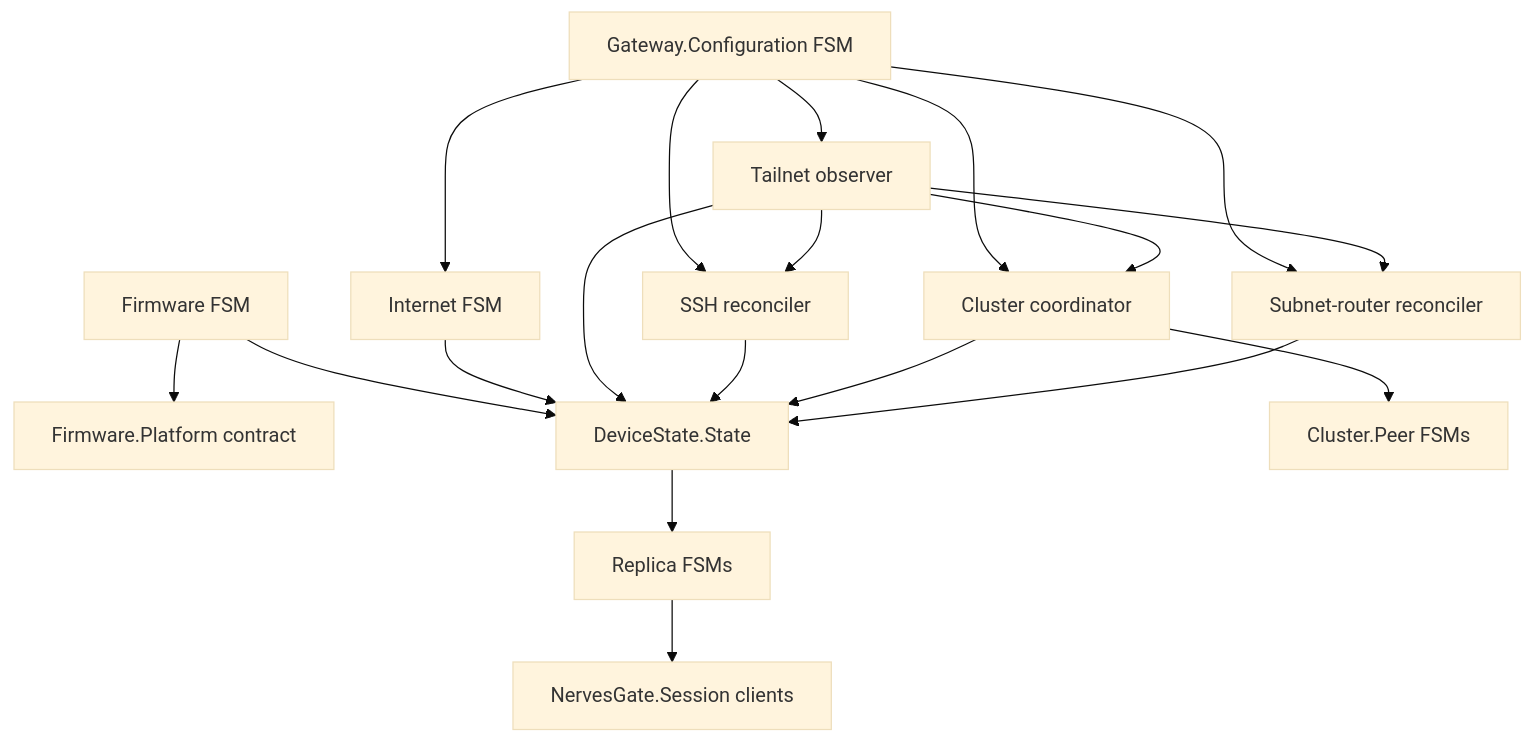
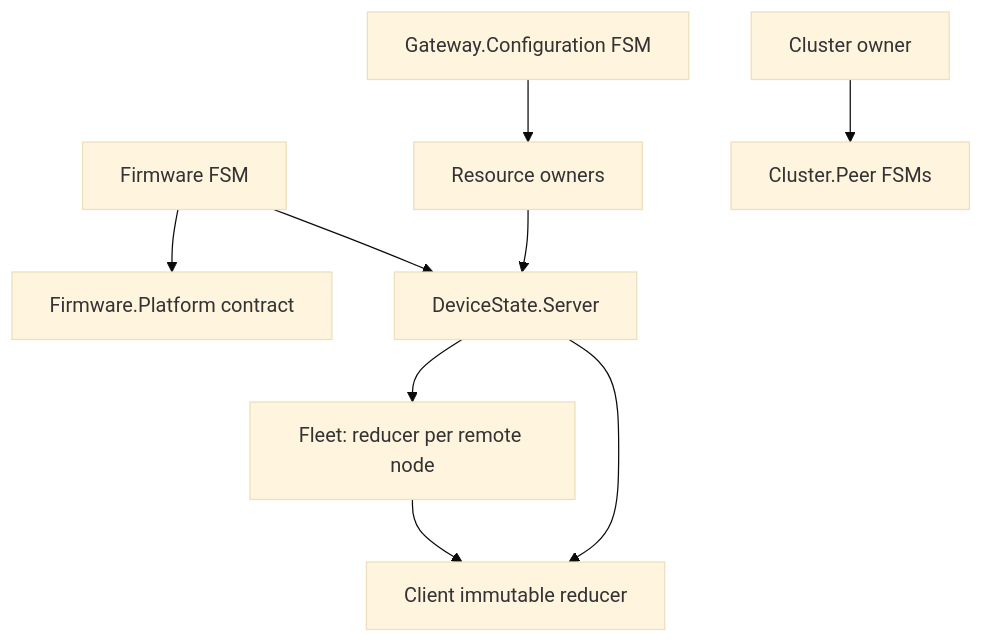
Before and after one commit to sid2baker/nerves_gate: the diagram in docs/command-event-state-implementation-plan.md, drawn with Mermaid (base theme). The commit also changed other lines of this file and 54 other files, not shown here.

````diff
--- a/docs/command-event-state-implementation-plan.md
+++ b/docs/command-event-state-implementation-plan.md
@@ -63,21 +65,11 @@
 ```mermaid
 flowchart TD
   Firmware[Firmware FSM] --> Platform[Firmware.Platform contract]
+  Configuration[Gateway.Configuration FSM] --> Owners[Resource owners]
+  Owners --> DeviceState[DeviceState.Server]
   Firmware --> DeviceState
-  Configuration[Gateway.Configuration FSM] --> Internet[Internet FSM]
-  Configuration --> Tailnet[Tailnet observer]
-  Configuration --> SSH[SSH reconciler]
-  Configuration --> Cluster[Cluster coordinator]
-  Configuration --> SubnetRouter[Subnet-router reconciler]
-  Tailnet --> SSH
-  Tailnet --> Cluster
-  Tailnet --> SubnetRouter
-  Cluster --> Peers[Cluster.Peer FSMs]
-  Internet --> DeviceState[DeviceState.State]
-  Tailnet --> DeviceState
-  SSH --> DeviceState
-  Cluster --> DeviceState
-  SubnetRouter --> DeviceState
-  DeviceState --> Replicas[Replica FSMs]
-  Replicas --> Sessions[NervesGate.Session clients]
+  DeviceState --> Fleet[Fleet: reducer per remote node]
+  DeviceState --> Client[Client immutable reducer]
+  Fleet --> Client
+  Cluster[Cluster owner] --> Peers[Cluster.Peer FSMs]
 ```
````
